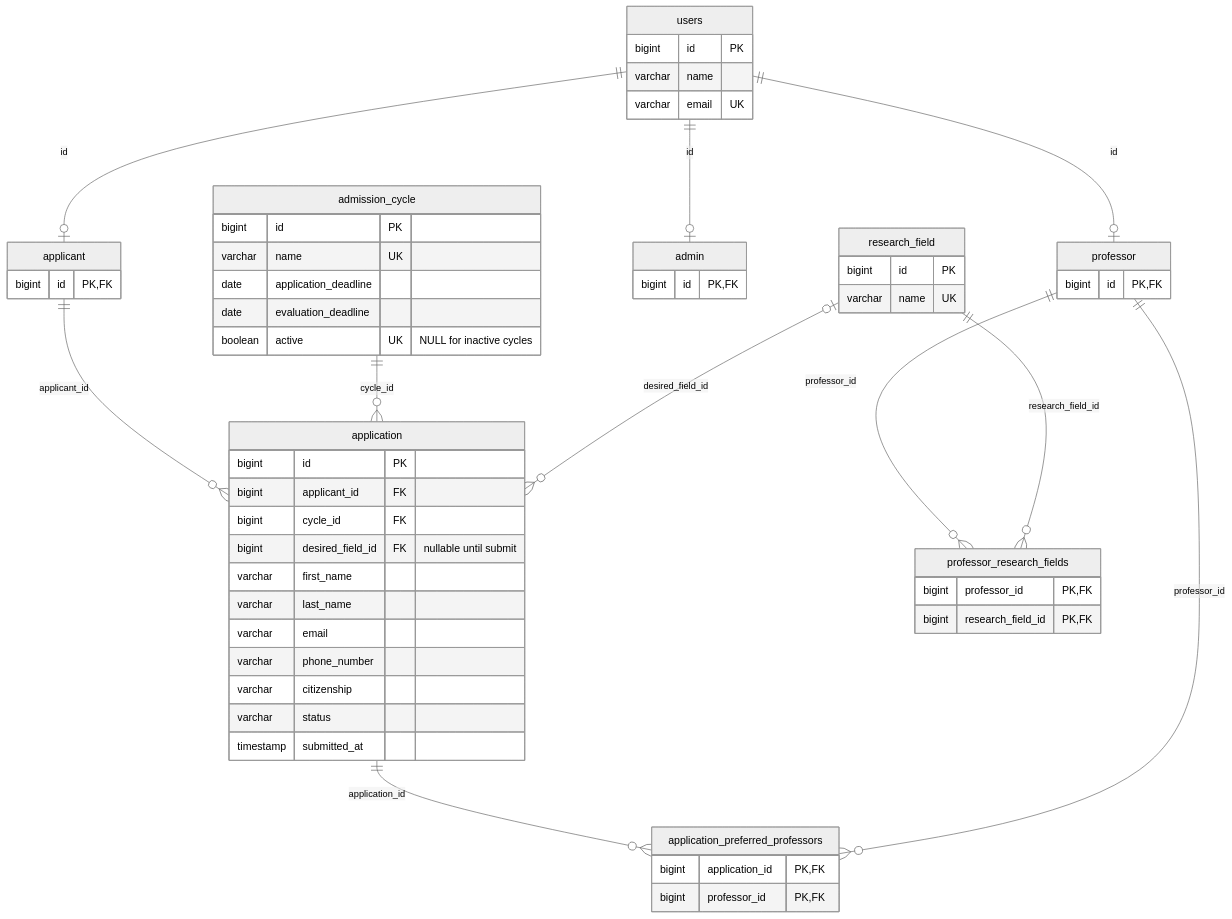
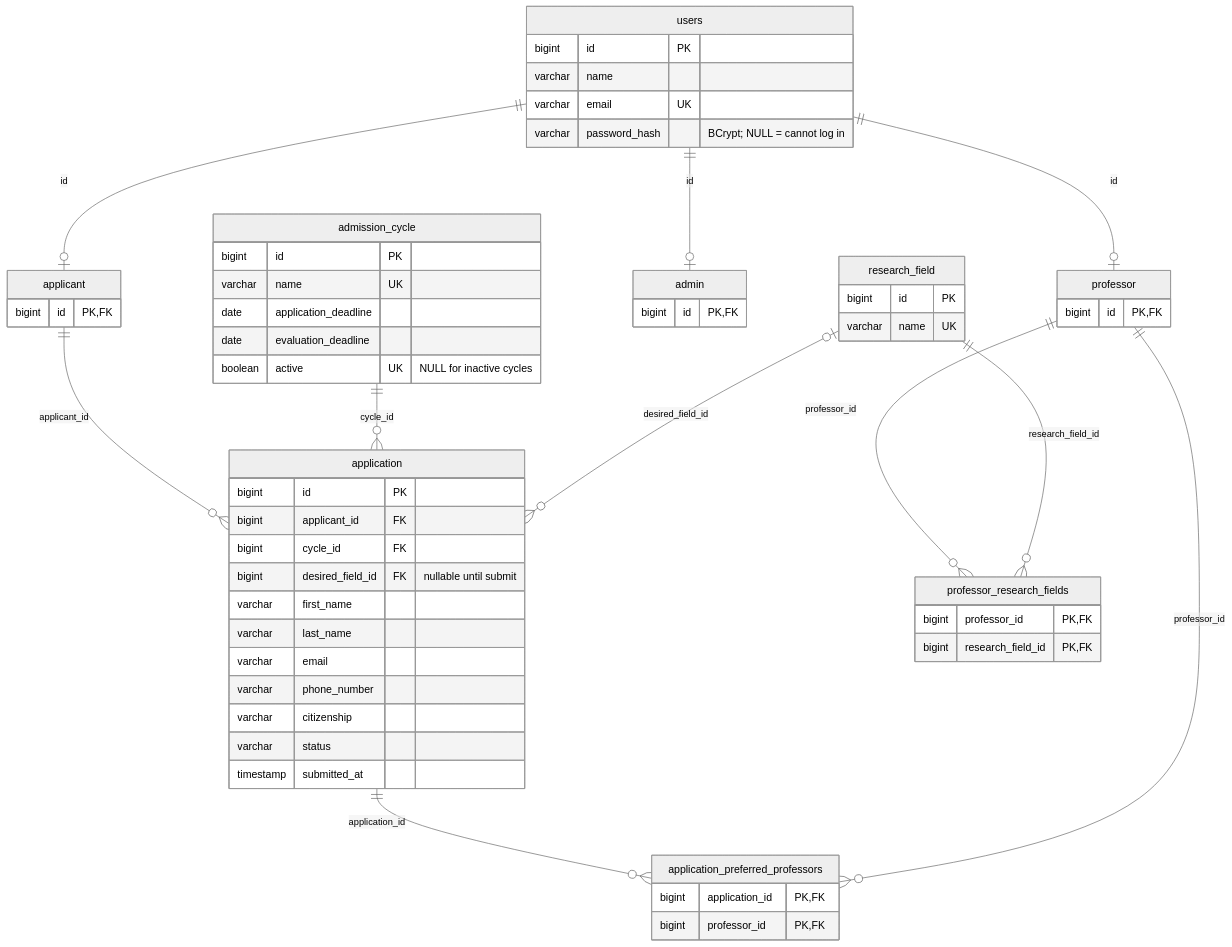
Before and after one commit to sanil04/Graduate-Admissions-Management-System: the third of 3 diagrams in README.md, drawn with Mermaid (neutral theme). The commit also changed other lines of this file and 20 other files, not shown here.

````diff
--- a/README.md
+++ b/README.md
@@ -212,54 +215,55 @@
 ```mermaid
 erDiagram
     users ||--o| applicant : "id"
     users ||--o| professor : "id"
     users ||--o| admin : "id"
     applicant ||--o{ application : "applicant_id"
     admission_cycle ||--o{ application : "cycle_id"
     research_field |o--o{ application : "desired_field_id"
     application ||--o{ application_preferred_professors : "application_id"
     professor ||--o{ application_preferred_professors : "professor_id"
     professor ||--o{ professor_research_fields : "professor_id"
     research_field ||--o{ professor_research_fields : "research_field_id"
 
     users {
         bigint id PK
         varchar name
         varchar email UK
+        varchar password_hash "BCrypt; NULL = cannot log in"
     }
     applicant { bigint id PK,FK }
     professor { bigint id PK,FK }
     admin { bigint id PK,FK }
     research_field {
         bigint id PK
         varchar name UK
     }
     admission_cycle {
         bigint id PK
         varchar name UK
         date application_deadline
         date evaluation_deadline
         boolean active UK "NULL for inactive cycles"
     }
     application {
         bigint id PK
         bigint applicant_id FK
         bigint cycle_id FK
         bigint desired_field_id FK "nullable until submit"
         varchar first_name
         varchar last_name
         varchar email
         varchar phone_number
         varchar citizenship
         varchar status
         timestamp submitted_at
     }
     application_preferred_professors {
         bigint application_id PK,FK
         bigint professor_id PK,FK
     }
     professor_research_fields {
         bigint professor_id PK,FK
         bigint research_field_id PK,FK
     }
 ```
````
